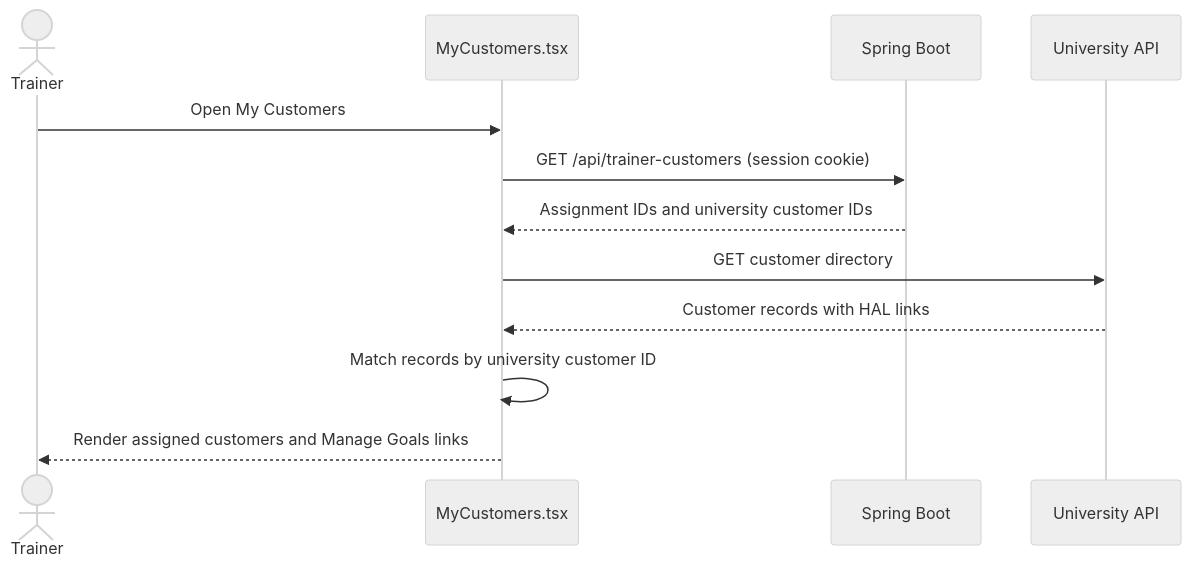
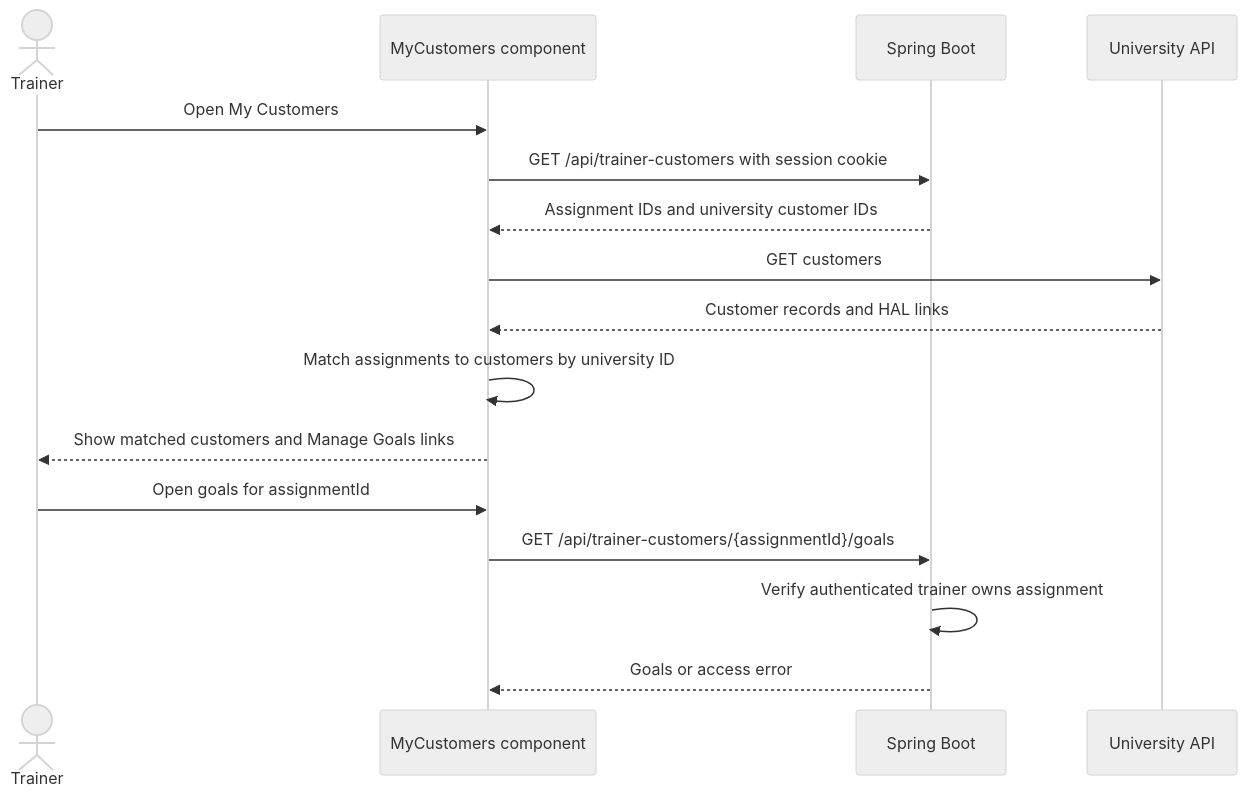
Before and after one commit to Samir-BK/Personal-Trainer: the second of 4 diagrams in frontend/README.md, drawn with Mermaid (neutral theme). The commit also changed other lines of this file, not shown here.

````diff
--- a/frontend/README.md
+++ b/frontend/README.md
@@ -103,15 +125,18 @@
 ```mermaid
 sequenceDiagram
     actor Trainer
-    participant UI as MyCustomers.tsx
+    participant UI as MyCustomers component
     participant Backend as Spring Boot
     participant University as University API
-
     Trainer->>UI: Open My Customers
-    UI->>Backend: GET /api/trainer-customers (session cookie)
+    UI->>Backend: GET /api/trainer-customers with session cookie
     Backend-->>UI: Assignment IDs and university customer IDs
-    UI->>University: GET customer directory
-    University-->>UI: Customer records with HAL links
-    UI->>UI: Match records by university customer ID
-    UI-->>Trainer: Render assigned customers and Manage Goals links
+    UI->>University: GET customers
+    University-->>UI: Customer records and HAL links
+    UI->>UI: Match assignments to customers by university ID
+    UI-->>Trainer: Show matched customers and Manage Goals links
+    Trainer->>UI: Open goals for assignmentId
+    UI->>Backend: GET /api/trainer-customers/{assignmentId}/goals
+    Backend->>Backend: Verify authenticated trainer owns assignment
+    Backend-->>UI: Goals or access error
 ```
````
